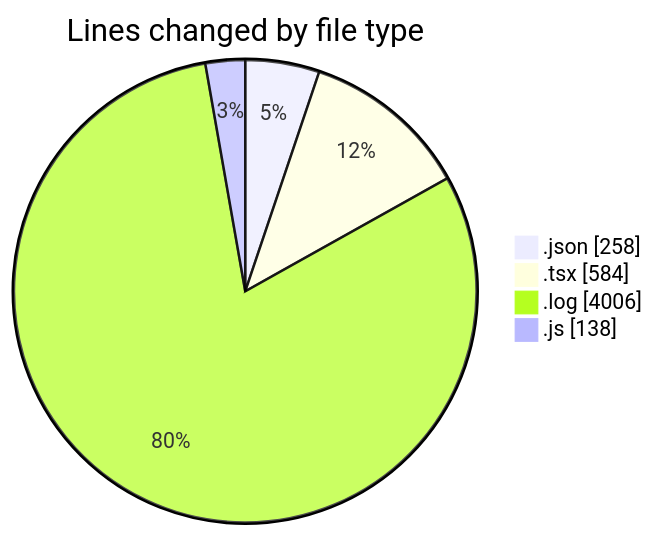
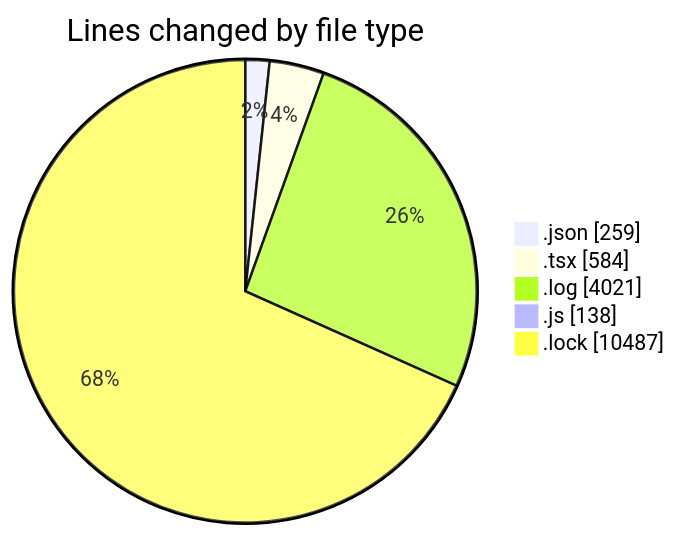
One commit to momahboobian/code-tracking changed the first of 2 diagrams in 2026-03-24/cda/README.md. Above: the diagram before and after it, drawn with Mermaid. The commit also changed other lines of this file and 1 other file, not shown here.

````diff
--- a/2026-03-24/cda/README.md
+++ b/2026-03-24/cda/README.md
@@ -27,8 +28,9 @@
 ```mermaid
 pie showData
 title Lines changed by file type
-".json" : 258
+".json" : 259
 ".tsx" : 584
-".log" : 4006
+".log" : 4021
 ".js" : 138
+".lock" : 10487
 ```
````
